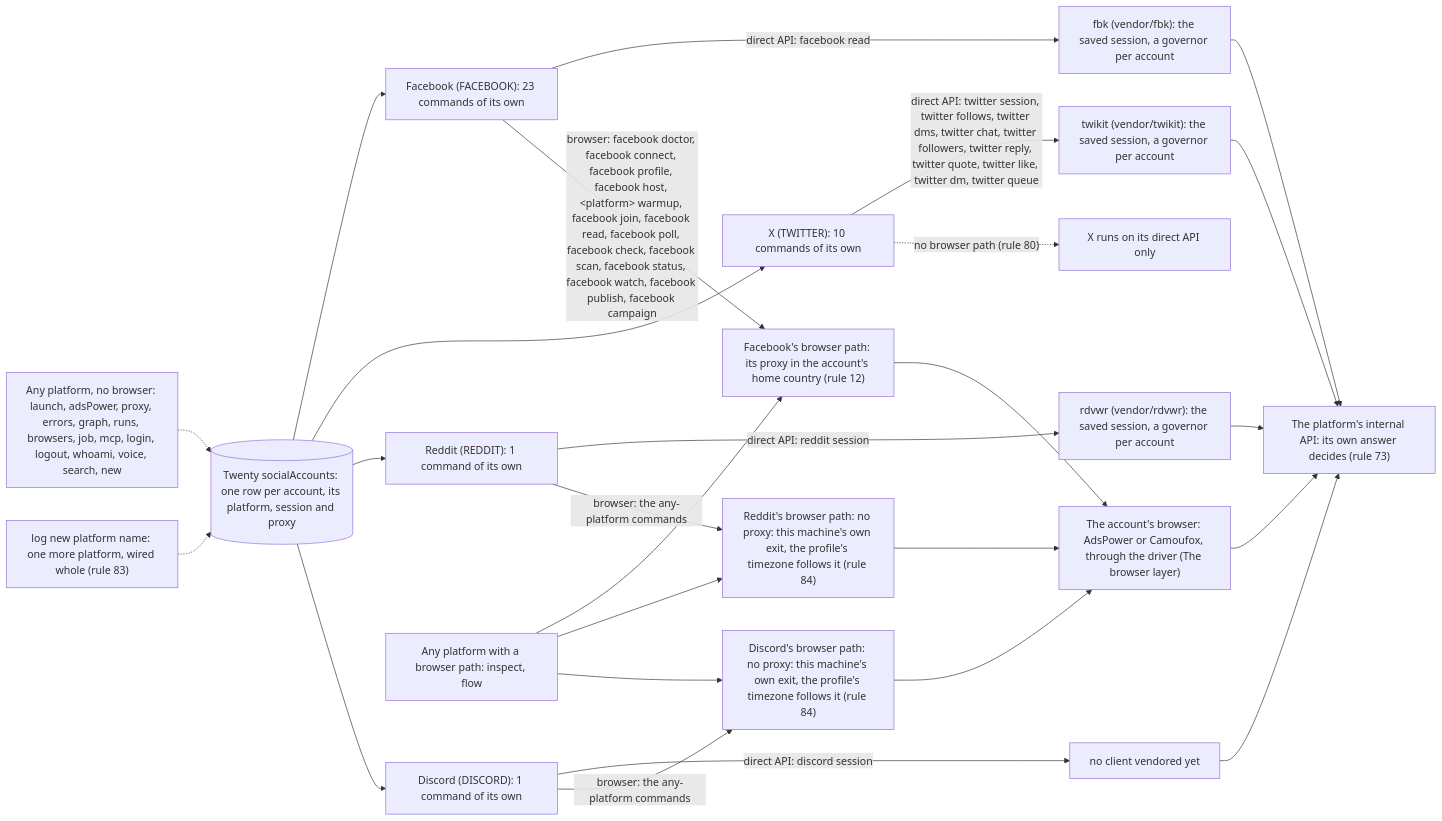
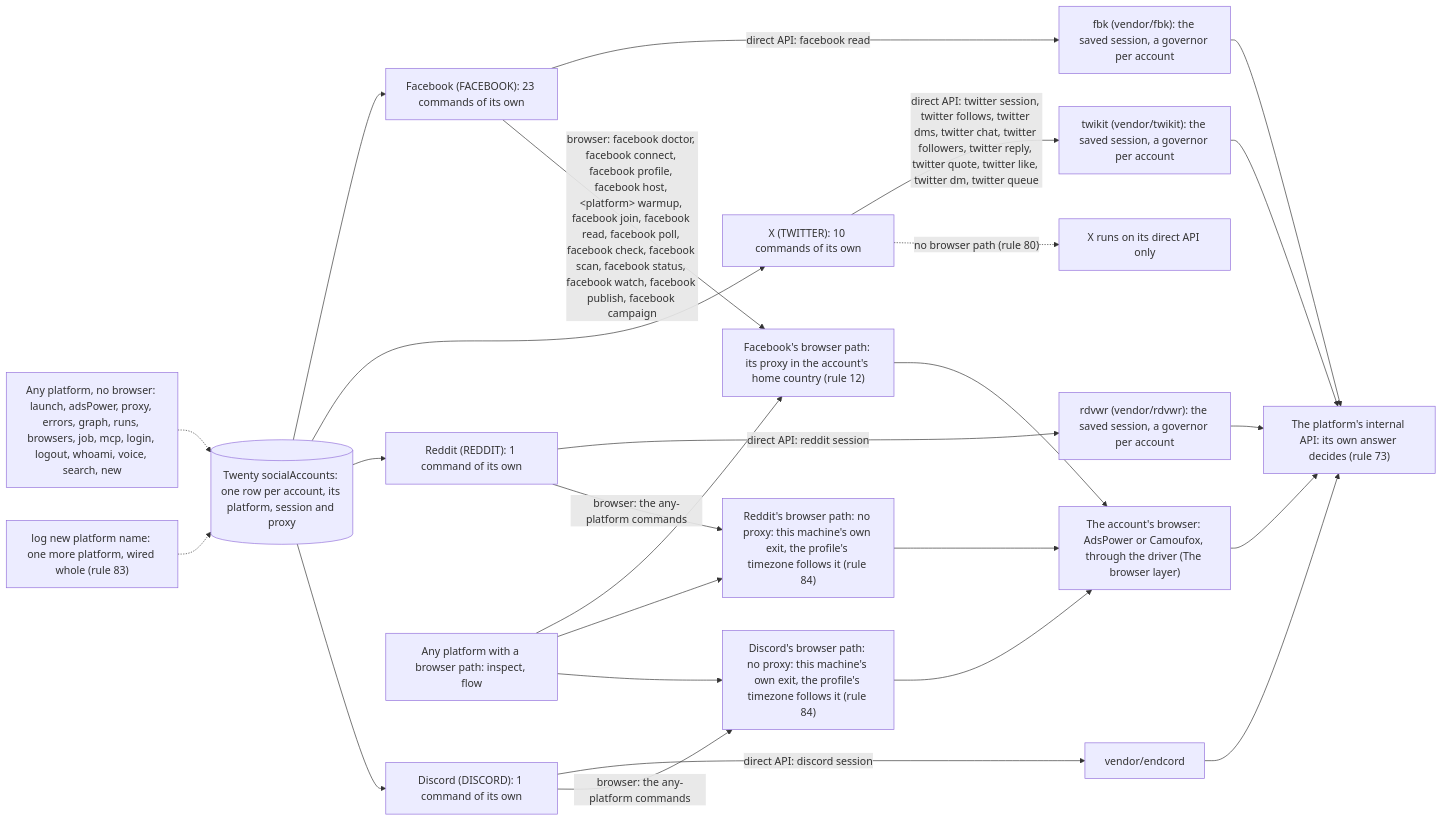
One commit to matthewdonsemail-lab/log changed the diagram in docs/diagrams/platforms.mmd. Above: the diagram before and after it, drawn with Mermaid. The commit also changed 61 other files, not shown here.

Commit message:
feat(discord): endcord vendored, and log discord session check runs on it

```diff
--- a/docs/diagrams/platforms.mmd
+++ b/docs/diagrams/platforms.mmd
@@ -1,37 +1,37 @@
 %% The platforms. log-cli is platform-agnostic: each platform is a row in `PLATFORMS` and `PLATFORM_SITES` (`src/cli/runner/helpers/platforms.ts`), with its direct-API client from `DIRECT_ROUTES` (`src/directApi/engine`) and its browser path, with or without a proxy. A new one is made by `log new platform <name>` (rule 83).
 %% Written by `bun run docs:build` from the code (rule 56). Not edited by hand.
 flowchart LR
   twenty[("Twenty socialAccounts: one row per account, its platform, session and proxy")]
   api["The platform's internal API: its own answer decides (rule 73)"]
   drivers["The account's browser: AdsPower or Camoufox, through the driver (The browser layer)"]
   p_facebook["Facebook (FACEBOOK): 23 commands of its own"]
   twenty --> p_facebook
   p_facebook -->|"direct API: facebook read"| e_fbk["fbk (vendor/fbk): the saved session, a governor per account"]
   e_fbk --> api
   p_facebook -->|"browser: facebook doctor, facebook connect, facebook profile, facebook host, #lt;platform#gt; warmup, facebook join, facebook read, facebook poll, facebook check, facebook scan, facebook status, facebook watch, facebook publish, facebook campaign"| b_facebook["Facebook's browser path: its proxy in the account's home country (rule 12)"]
   b_facebook --> drivers
   p_twitter["X (TWITTER): 10 commands of its own"]
   twenty --> p_twitter
   p_twitter -->|"direct API: twitter session, twitter follows, twitter dms, twitter chat, twitter followers, twitter reply, twitter quote, twitter like, twitter dm, twitter queue"| e_twikit["twikit (vendor/twikit): the saved session, a governor per account"]
   e_twikit --> api
   p_twitter -.->|"no browser path (rule 80)"| nob_twitter["X runs on its direct API only"]
   p_reddit["Reddit (REDDIT): 1 command of its own"]
   twenty --> p_reddit
   p_reddit -->|"direct API: reddit session"| e_rdvwr["rdvwr (vendor/rdvwr): the saved session, a governor per account"]
   e_rdvwr --> api
   p_reddit -->|"browser: the any-platform commands"| b_reddit["Reddit's browser path: no proxy: this machine's own exit, the profile's timezone follows it (rule 84)"]
   b_reddit --> drivers
   p_discord["Discord (DISCORD): 1 command of its own"]
   twenty --> p_discord
-  p_discord -->|"direct API: discord session"| e_no_client_vendored_yet["no client vendored yet"]
-  e_no_client_vendored_yet --> api
+  p_discord -->|"direct API: discord session"| e_vendor_endcord["vendor/endcord"]
+  e_vendor_endcord --> api
   p_discord -->|"browser: the any-platform commands"| b_discord["Discord's browser path: no proxy: this machine's own exit, the profile's timezone follows it (rule 84)"]
   b_discord --> drivers
   anyB["Any platform with a browser path: inspect, flow"]
   anyB --> b_facebook
   anyB --> b_reddit
   anyB --> b_discord
   anyN["Any platform, no browser: launch, adsPower, proxy, errors, graph, runs, browsers, job, mcp, login, logout, whoami, voice, search, new"]
   anyN -.-> twenty
   newP["log new platform name: one more platform, wired whole (rule 83)"] -.-> twenty
   drivers --> api
```
